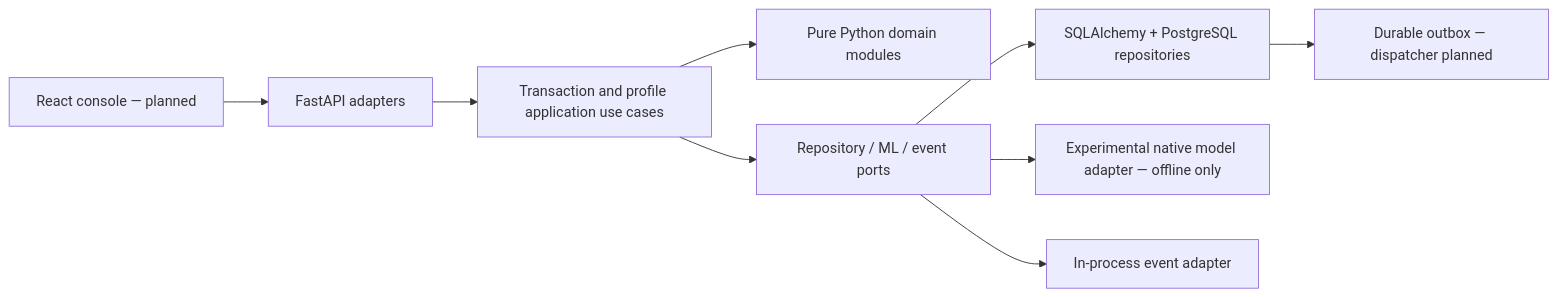
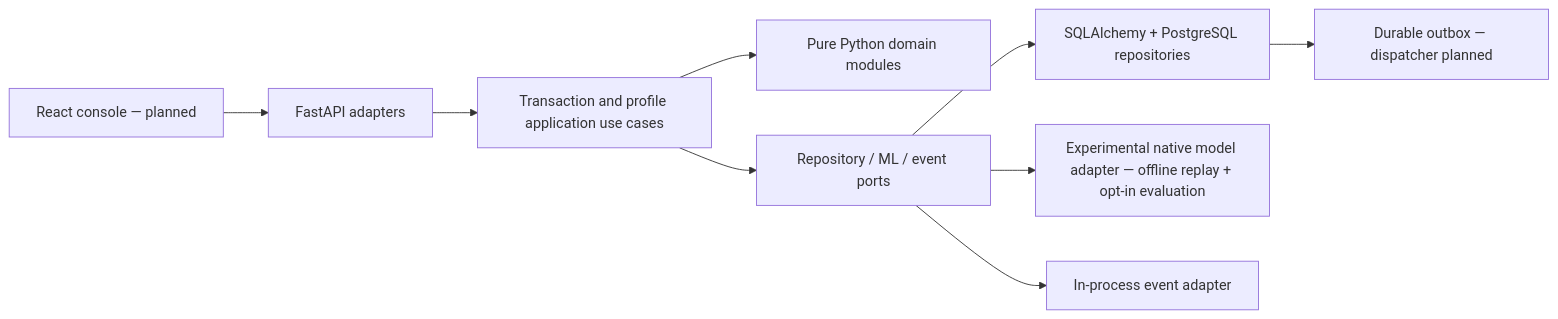
Before and after one commit to nuchaaa/FraudLens: the diagram in README.md, drawn with Mermaid. The commit also changed other lines of this file and 27 other files, not shown here.

````diff
--- a/README.md
+++ b/README.md
@@ -54,11 +60,11 @@
 ```mermaid
 flowchart LR
     UI[React console — planned] --> HTTP[FastAPI adapters]
     HTTP --> UC[Transaction and profile application use cases]
     UC --> D[Pure Python domain modules]
     UC --> P[Repository / ML / event ports]
     P --> DB[SQLAlchemy + PostgreSQL repositories]
-    P --> ML[Experimental native model adapter — offline only]
+    P --> ML[Experimental native model adapter — offline replay + opt-in evaluation]
     P --> EV[In-process event adapter]
     DB --> OB[Durable outbox — dispatcher planned]
 ```
````
